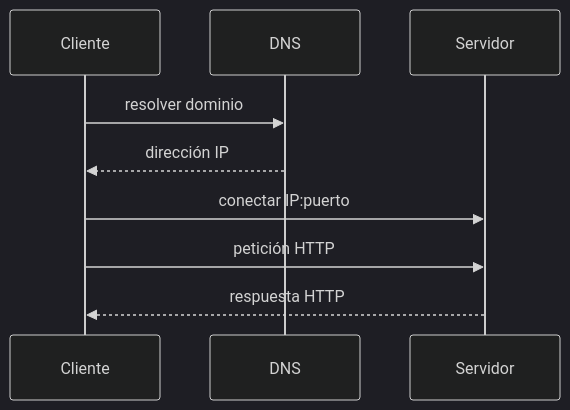
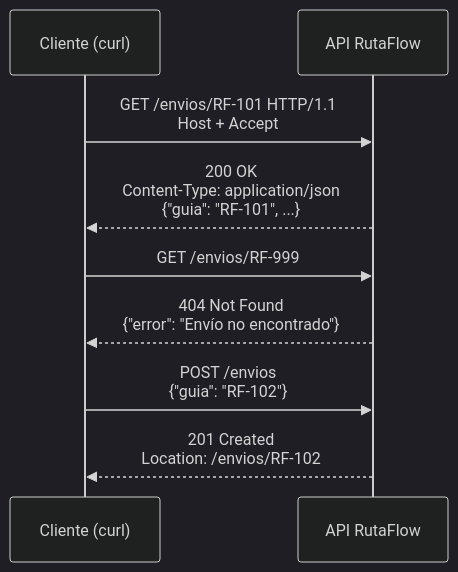
The second of 5 diagrams in web/public/content/foundations/modulo-3.md (NICORUIZ93/The_Imperial_Book), drawn with Mermaid (dark theme) before and after one commit. The commit also changed other lines of this file, not shown here.

````diff
--- a/web/public/content/foundations/modulo-3.md
+++ b/web/public/content/foundations/modulo-3.md
@@ -38,11 +449,11 @@
 ```mermaid
 sequenceDiagram
-    participant C as Cliente
-    participant D as DNS
-    participant S as Servidor
-    C->>D: resolver dominio
-    D-->>C: dirección IP
-    C->>S: conectar IP:puerto
-    C->>S: petición HTTP
-    S-->>C: respuesta HTTP
+    participant C as Cliente (curl)
+    participant S as API RutaFlow
+    C->>S: GET /envios/RF-101 HTTP/1.1<br/>Host + Accept
+    S-->>C: 200 OK<br/>Content-Type: application/json<br/>{"guia": "RF-101", ...}
+    C->>S: GET /envios/RF-999
+    S-->>C: 404 Not Found<br/>{"error": "Envío no encontrado"}
+    C->>S: POST /envios<br/>{"guia": "RF-102"}
+    S-->>C: 201 Created<br/>Location: /envios/RF-102
 ```
````
